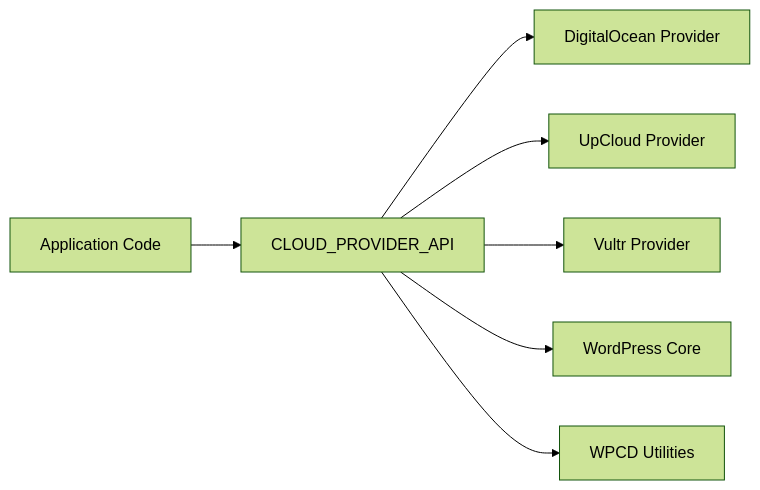
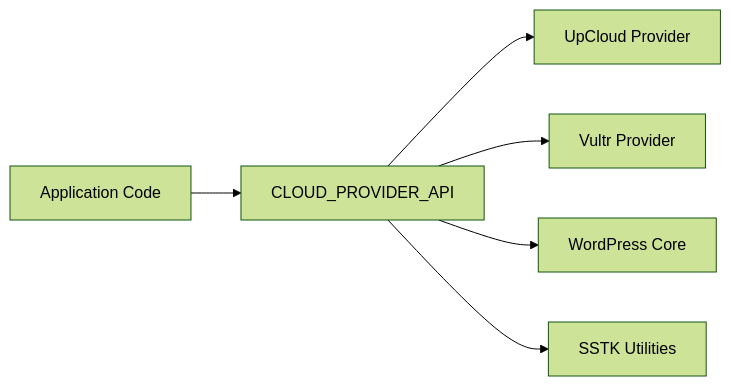
One commit to onedogsolutions/simple-stack changed the seventh of 7 diagrams in .qoder/repowiki/en/content/Cloud Provider Integration/Provider Abstraction Layer.md. Above: the diagram before and after it, drawn with Mermaid (forest theme). The commit also changed other lines of this file and 5941 other files, not shown here.

````diff
--- a/.qoder/repowiki/en/content/Cloud Provider Integration/Provider Abstraction Layer.md
+++ b/.qoder/repowiki/en/content/Cloud Provider Integration/Provider Abstraction Layer.md
@@ -439,9 +378,8 @@
 ```mermaid
 graph LR
 Callers["Application Code"] --> Base["CLOUD_PROVIDER_API"]
-Base --> DO["DigitalOcean Provider"]
 Base --> Up["UpCloud Provider"]
 Base --> Vul["Vultr Provider"]
 Base --> WP["WordPress Core"]
-Base --> WPCD["WPCD Utilities"]
+Base --> SSTK["SSTK Utilities"]
 ```
````
